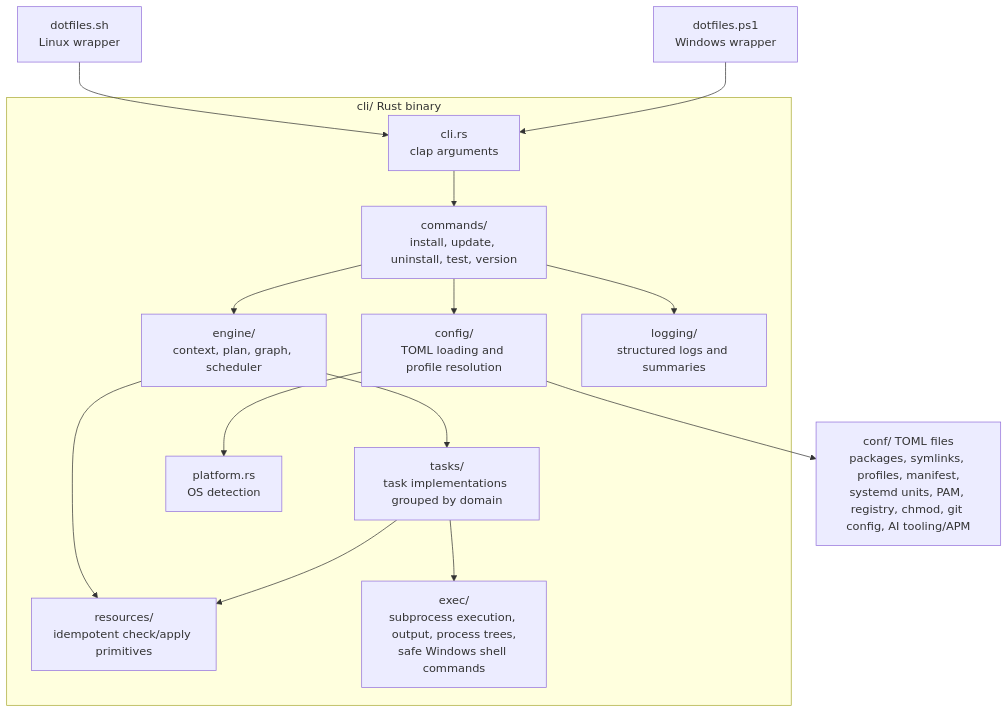
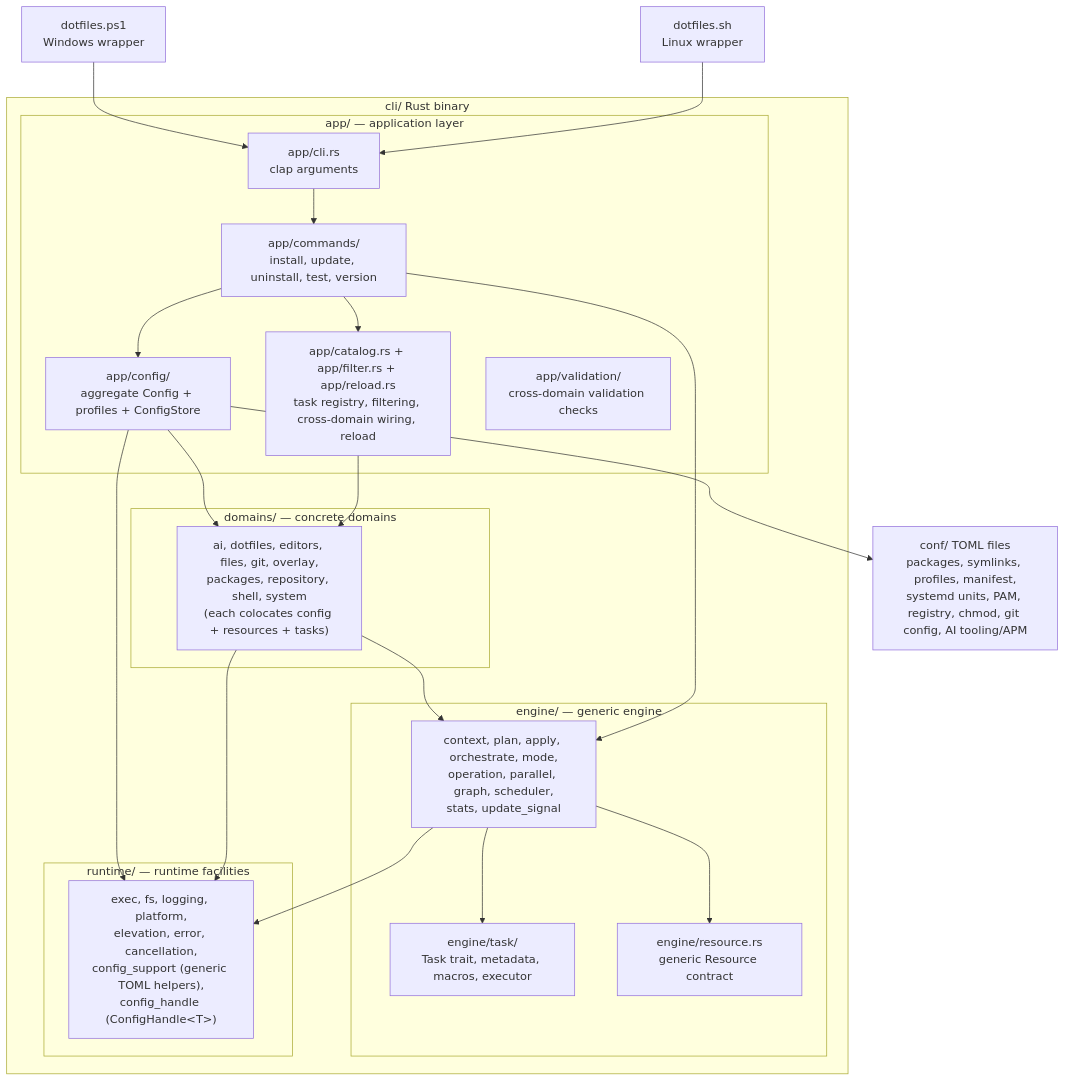
The diagram in docs/ARCHITECTURE.md (sneivandt/dotfiles), drawn with Mermaid before and after one commit. The commit also changed other lines of this file and 362 other files, not shown here.

First line of the commit message:
refactor(cli): organize modules by layer

````diff
--- a/docs/ARCHITECTURE.md
+++ b/docs/ARCHITECTURE.md
@@ -54,31 +61,43 @@
 ```mermaid
 flowchart TD
     linux["dotfiles.sh<br/>Linux wrapper"]
     windows["dotfiles.ps1<br/>Windows wrapper"]
 
     linux --> cli
     windows --> cli
 
     subgraph rust_binary["cli/ Rust binary"]
-        cli["cli.rs<br/>clap arguments"]
-        commands["commands/<br/>install, update, uninstall, test, version"]
-        config["config/<br/>TOML loading and profile resolution"]
-        engine["engine/<br/>context, plan, graph, scheduler"]
-        resources["resources/<br/>idempotent check/apply primitives"]
-        tasks["tasks/<br/>task implementations grouped by domain"]
-        platform["platform.rs<br/>OS detection"]
-        logging["logging/<br/>structured logs and summaries"]
-        exec["exec/<br/>subprocess execution, output, process trees,<br/>safe Windows shell commands"]
+        subgraph app_layer["app/ — application layer"]
+            cli["app/cli.rs<br/>clap arguments"]
+            commands["app/commands/<br/>install, update, uninstall, test, version"]
+            appconfig["app/config/<br/>aggregate Config + profiles + ConfigStore"]
+            catalog["app/catalog.rs + app/filter.rs + app/reload.rs<br/>task registry, filtering, cross-domain wiring, reload"]
+            validation["app/validation/<br/>cross-domain validation checks"]
+        end
+        subgraph domains_layer["domains/ — concrete domains"]
+            domains["ai, dotfiles, editors, files, git, overlay,<br/>packages, repository, shell, system<br/>(each colocates config + resources + tasks)"]
+        end
+        subgraph engine_layer["engine/ — generic engine"]
+            engine["context, plan, apply, orchestrate, mode,<br/>operation, parallel, graph, scheduler,<br/>stats, update_signal"]
+            task["engine/task/<br/>Task trait, metadata, macros, executor"]
+            resource["engine/resource.rs<br/>generic Resource contract"]
+        end
+        subgraph runtime_layer["runtime/ — runtime facilities"]
+            runtime["exec, fs, logging, platform,<br/>elevation, error, cancellation,<br/>config_support (generic TOML helpers),<br/>config_handle (ConfigHandle&lt;T&gt;)"]
+        end
     end
 
     cli --> commands
-    commands --> config
+    commands --> appconfig
     commands --> engine
-    engine --> tasks
-    engine --> resources
-    tasks --> resources
-    tasks --> exec
-    config --> platform
-    commands --> logging
-    config --> conf["conf/ TOML files<br/>packages, symlinks, profiles, manifest,<br/>systemd units, PAM, registry, chmod, git config, AI tooling/APM"]
+    commands --> catalog
+    catalog --> domains
+    domains --> engine
+    domains --> runtime
+    engine --> resource
+    engine --> task
+    engine --> runtime
+    appconfig --> domains
+    appconfig --> runtime
+    appconfig --> conf["conf/ TOML files<br/>packages, symlinks, profiles, manifest,<br/>systemd units, PAM, registry, chmod, git config, AI tooling/APM"]
 ```
````
